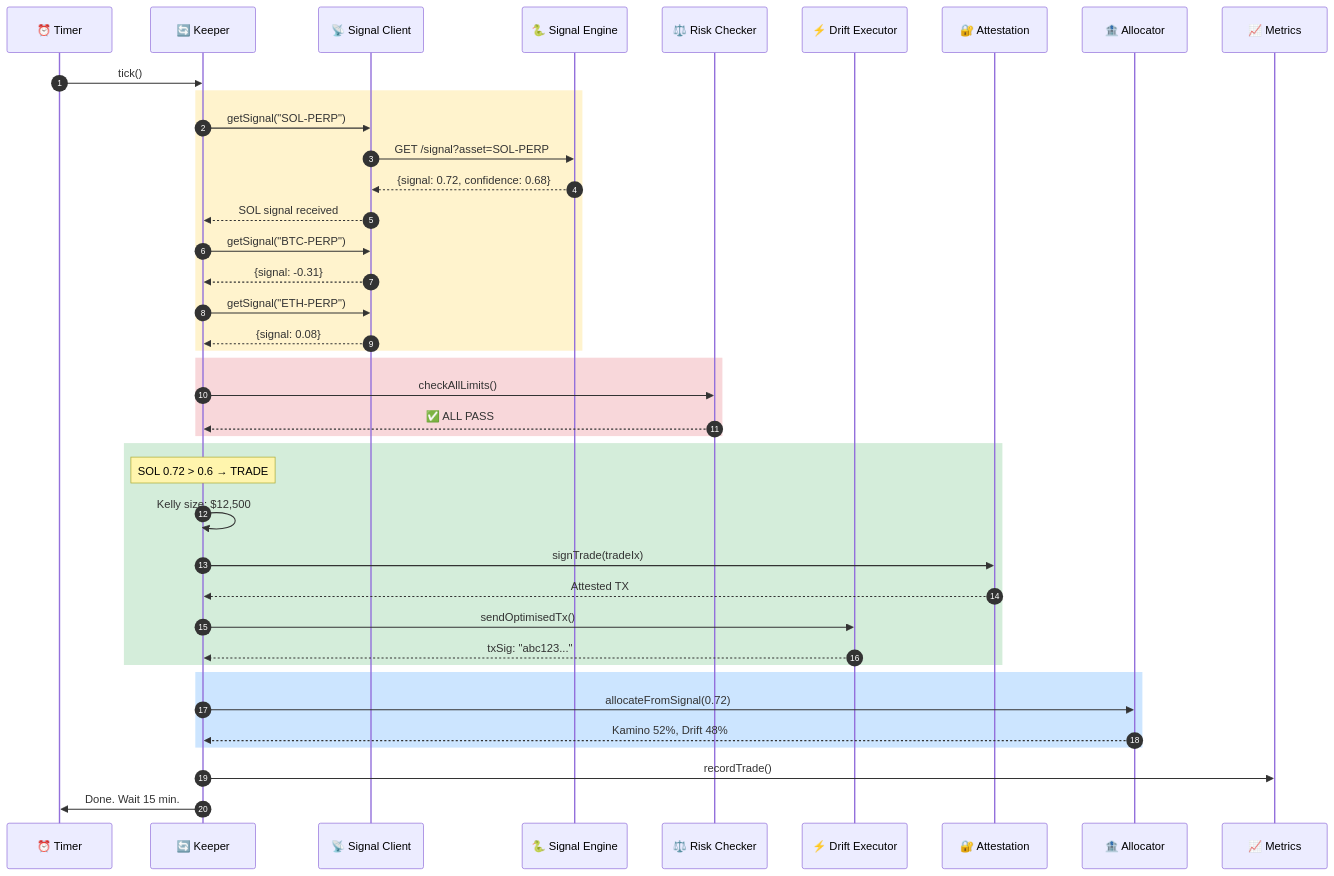
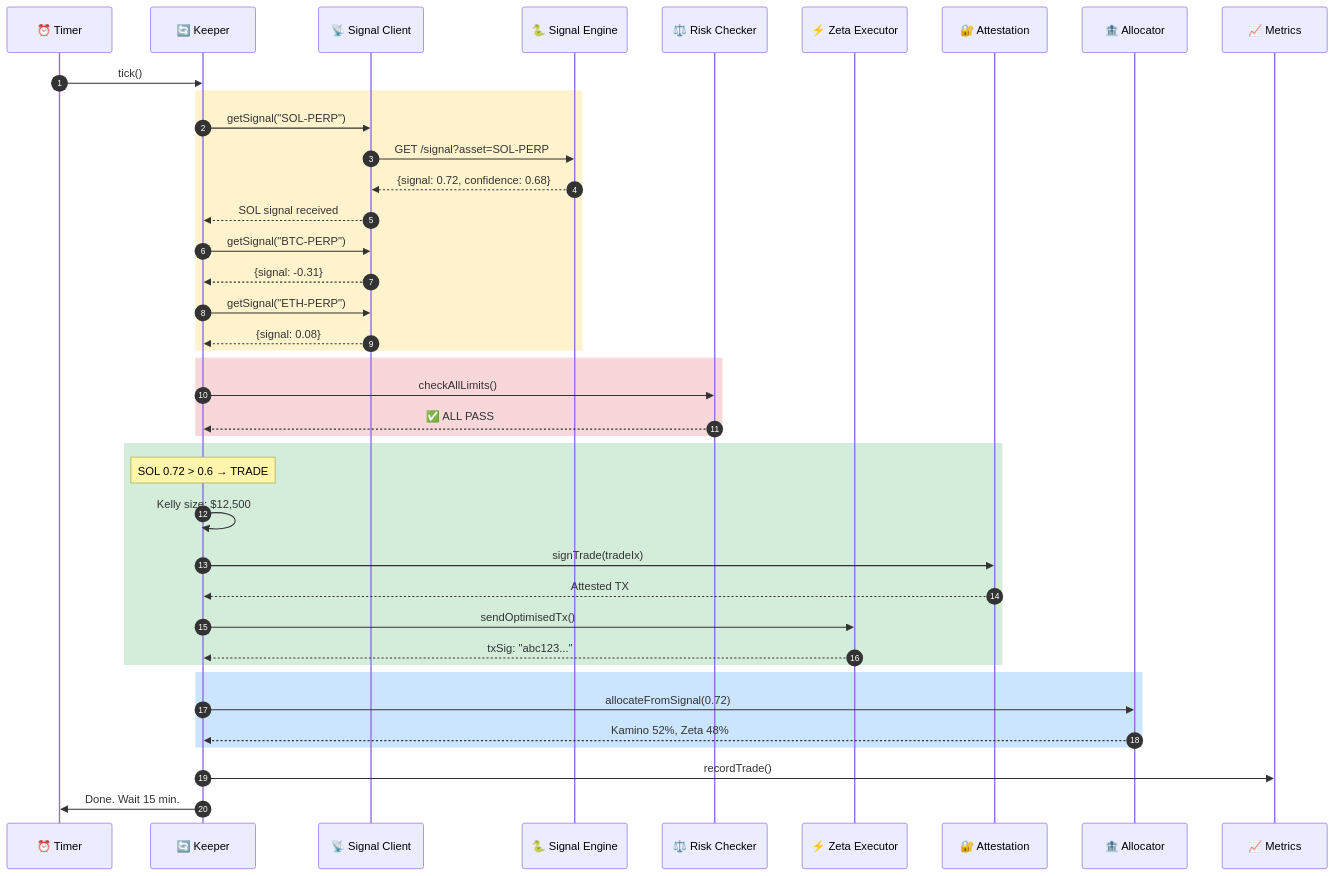
Before and after one commit to Ashutosh0x/ranger-ai-vault: diagram 20 of 20 in docs/ARCHITECTURE.md, drawn with Mermaid. The commit also changed other lines of this file and 82 other files, not shown here.

Commit message:
feat: pivot from Drift to Zeta Markets and add walk-forward backtest results

````diff
--- a/docs/ARCHITECTURE.md
+++ b/docs/ARCHITECTURE.md
@@ -1182,48 +1182,48 @@
 ```mermaid
 sequenceDiagram
     autonumber
     participant Timer as ⏰ Timer
     participant KL as 🔄 Keeper
     participant SC as 📡 Signal Client
     participant SE as 🐍 Signal Engine
     participant RC as ⚖️ Risk Checker
-    participant DE as ⚡ Drift Executor
+    participant DE as ⚡ Zeta Executor
     participant AT as 🔐 Attestation
     participant VA as 🏦 Allocator
     participant MT as 📈 Metrics
 
     Timer->>KL: tick()
 
     rect rgb(255, 243, 205)
         KL->>SC: getSignal("SOL-PERP")
         SC->>SE: GET /signal?asset=SOL-PERP
         SE-->>SC: {signal: 0.72, confidence: 0.68}
         SC-->>KL: SOL signal received
         KL->>SC: getSignal("BTC-PERP")
         SC-->>KL: {signal: -0.31}
         KL->>SC: getSignal("ETH-PERP")
         SC-->>KL: {signal: 0.08}
     end
 
     rect rgb(248, 215, 218)
         KL->>RC: checkAllLimits()
         RC-->>KL: ✅ ALL PASS
     end
 
     rect rgb(212, 237, 218)
         Note over KL: SOL 0.72 > 0.6 → TRADE
         KL->>KL: Kelly size: $12,500
         KL->>AT: signTrade(tradeIx)
         AT-->>KL: Attested TX
         KL->>DE: sendOptimisedTx()
         DE-->>KL: txSig: "abc123..."
     end
 
     rect rgb(204, 229, 255)
         KL->>VA: allocateFromSignal(0.72)
-        VA-->>KL: Kamino 52%, Drift 48%
+        VA-->>KL: Kamino 52%, Zeta 48%
     end
 
     KL->>MT: recordTrade()
     KL->>Timer: Done. Wait 15 min.
 ```
````
